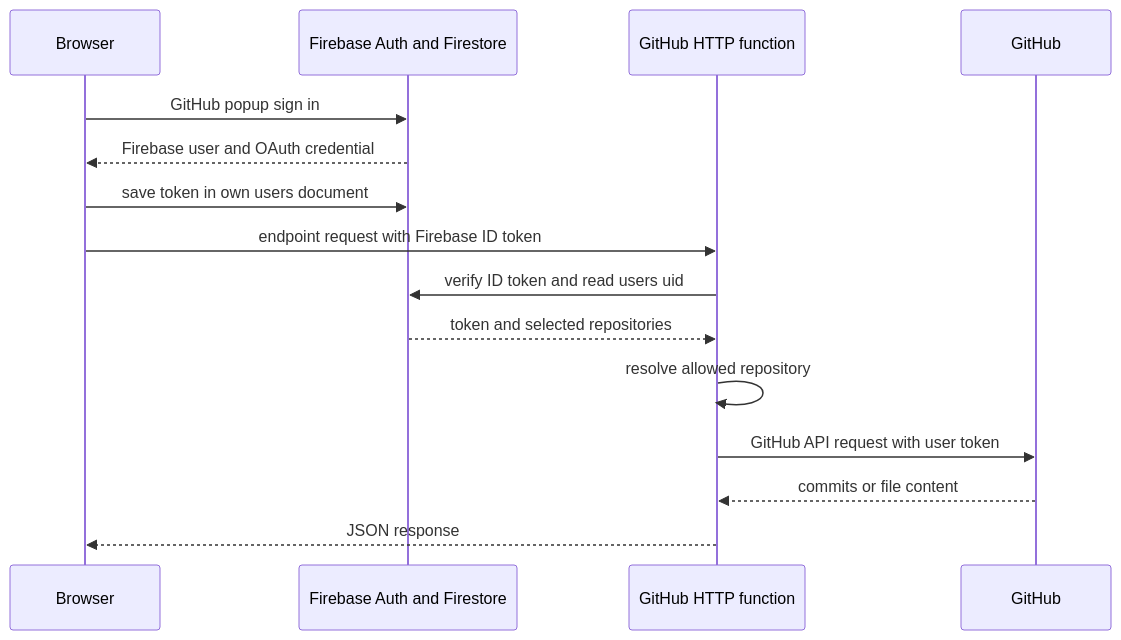
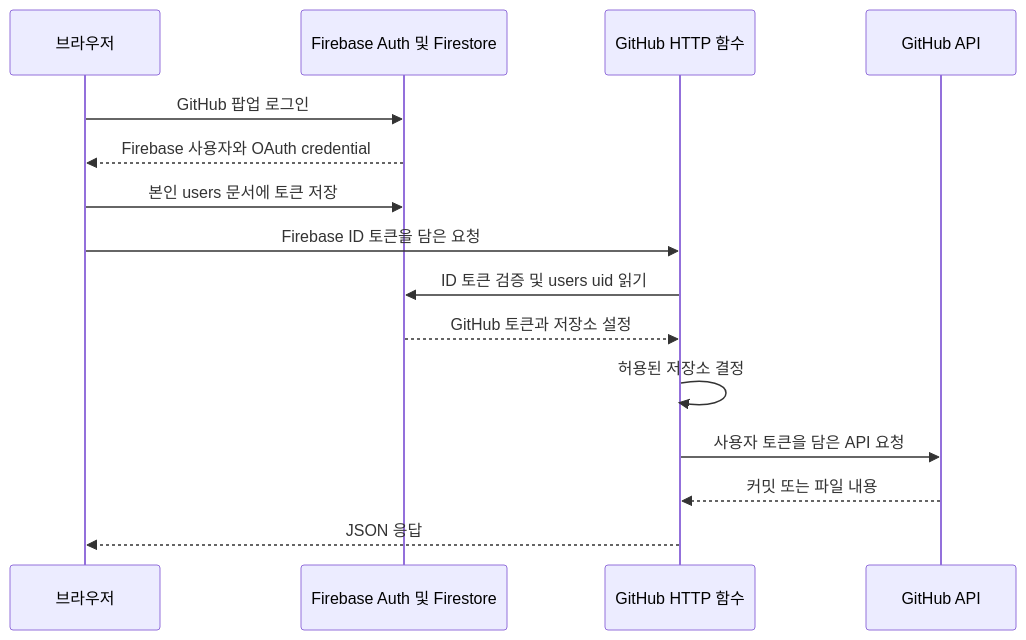
Before and after one commit to chucoding/code-recall: the diagram in openwiki/integrations/github-access.md, drawn with Mermaid. The commit also changed other lines of this file and 25 other files, not shown here.

````diff
--- a/openwiki/integrations/github-access.md
+++ b/openwiki/integrations/github-access.md
@@ -43,17 +45,17 @@
 ```mermaid
 sequenceDiagram
-  participant Browser
-  participant Firebase as Firebase Auth and Firestore
-  participant Proxy as GitHub HTTP function
-  participant GitHub
-  Browser->>Firebase: GitHub popup sign in
-  Firebase-->>Browser: Firebase user and OAuth credential
-  Browser->>Firebase: save token in own users document
-  Browser->>Proxy: endpoint request with Firebase ID token
-  Proxy->>Firebase: verify ID token and read users uid
-  Firebase-->>Proxy: token and selected repositories
-  Proxy->>Proxy: resolve allowed repository
-  Proxy->>GitHub: GitHub API request with user token
-  GitHub-->>Proxy: commits or file content
-  Proxy-->>Browser: JSON response
+  participant Browser as 브라우저
+  participant Firebase as Firebase Auth 및 Firestore
+  participant Proxy as GitHub HTTP 함수
+  participant GitHub as GitHub API
+  Browser->>Firebase: GitHub 팝업 로그인
+  Firebase-->>Browser: Firebase 사용자와 OAuth credential
+  Browser->>Firebase: 본인 users 문서에 토큰 저장
+  Browser->>Proxy: Firebase ID 토큰을 담은 요청
+  Proxy->>Firebase: ID 토큰 검증 및 users uid 읽기
+  Firebase-->>Proxy: GitHub 토큰과 저장소 설정
+  Proxy->>Proxy: 허용된 저장소 결정
+  Proxy->>GitHub: 사용자 토큰을 담은 API 요청
+  GitHub-->>Proxy: 커밋 또는 파일 내용
+  Proxy-->>Browser: JSON 응답
 ```
````
